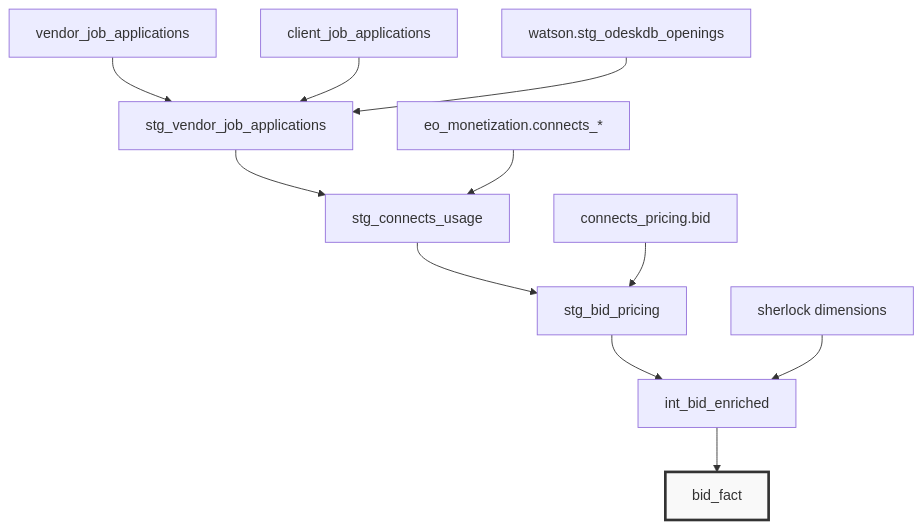
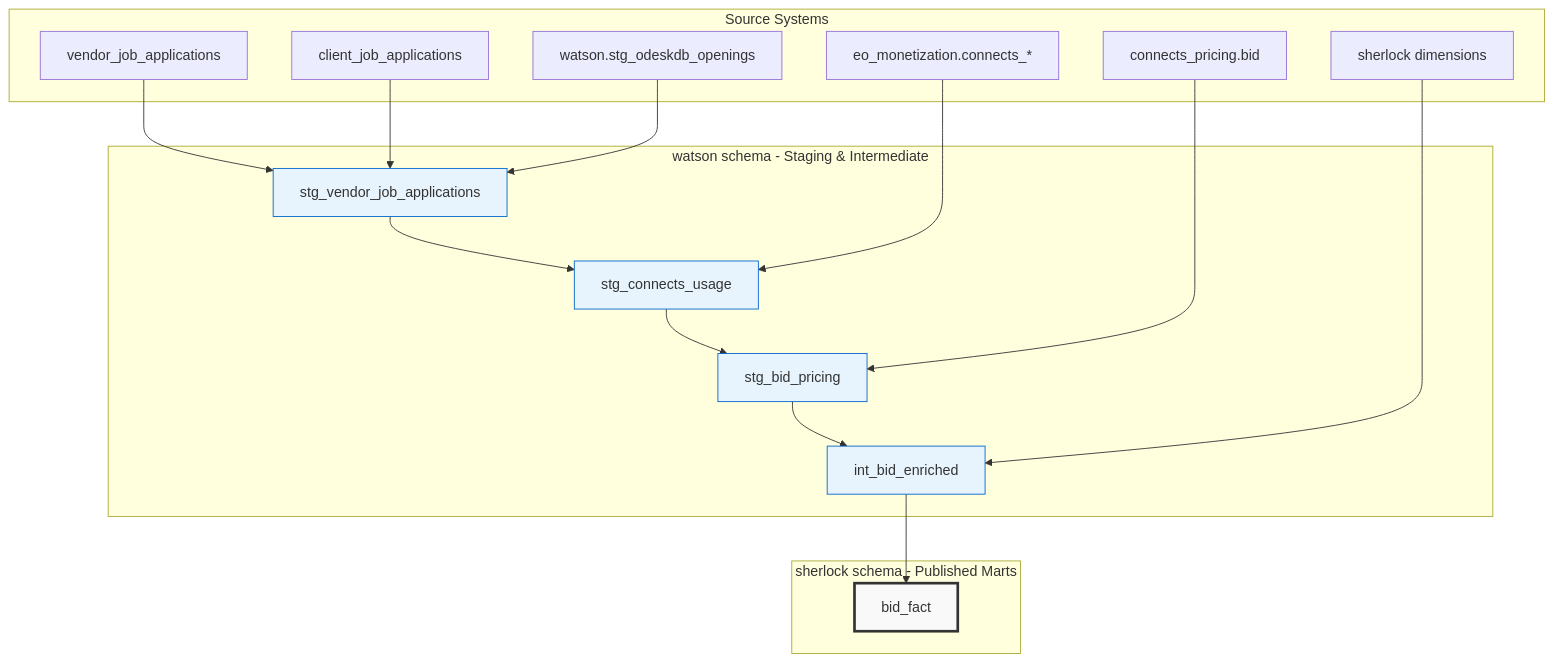
The diagram in README.md (rishiupwk/aps-dbt-demo), drawn with Mermaid before and after one commit. The commit also changed other lines of this file and 2 other files, not shown here.

Commit message:
Configure dbt schema strategy: watson for staging, sherlock for marts
- Update dbt_project.yml: staging/intermediate models → watson schema, marts → sherlock schema
- Update profiles.yml: dev target uses watson, prod target uses sherlock
- Update README.md: document schema architecture and enhanced transformation flow
- Align with Upwork standard pattern: watson for processing, sherlock for published analytics
- Add visual schema separation in project structure and mermaid diagram

````diff
--- a/README.md
+++ b/README.md
@@ -64,19 +72,43 @@
 ```mermaid
 graph TD
-    A[vendor_job_applications] --> D[stg_vendor_job_applications]
-    B[client_job_applications] --> D
-    C[watson.stg_odeskdb_openings] --> D
+    subgraph "Source Systems"
+        A[vendor_job_applications]
+        B[client_job_applications] 
+        C[watson.stg_odeskdb_openings]
+        F[eo_monetization.connects_*]
+        H[connects_pricing.bid]
+        J[sherlock dimensions]
+    end
     
-    D --> E[stg_connects_usage]
-    F[eo_monetization.connects_*] --> E
+    subgraph "watson schema - Staging & Intermediate"
+        D[stg_vendor_job_applications]
+        E[stg_connects_usage]
+        G[stg_bid_pricing]
+        I[int_bid_enriched]
+    end
     
-    E --> G[stg_bid_pricing] 
-    H[connects_pricing.bid] --> G
+    subgraph "sherlock schema - Published Marts"
+        K[bid_fact]
+    end
     
-    G --> I[int_bid_enriched]
-    J[sherlock dimensions] --> I
+    A --> D
+    B --> D
+    C --> D
     
-    I --> K[bid_fact]
+    D --> E
+    F --> E
+    
+    E --> G
+    H --> G
+    
+    G --> I
+    J --> I
+    
+    I --> K
     
     style K fill:#f9f9f9,stroke:#333,stroke-width:3px
+    style D fill:#e8f4fd,stroke:#0066cc
+    style E fill:#e8f4fd,stroke:#0066cc
+    style G fill:#e8f4fd,stroke:#0066cc
+    style I fill:#e8f4fd,stroke:#0066cc
 ```
````
